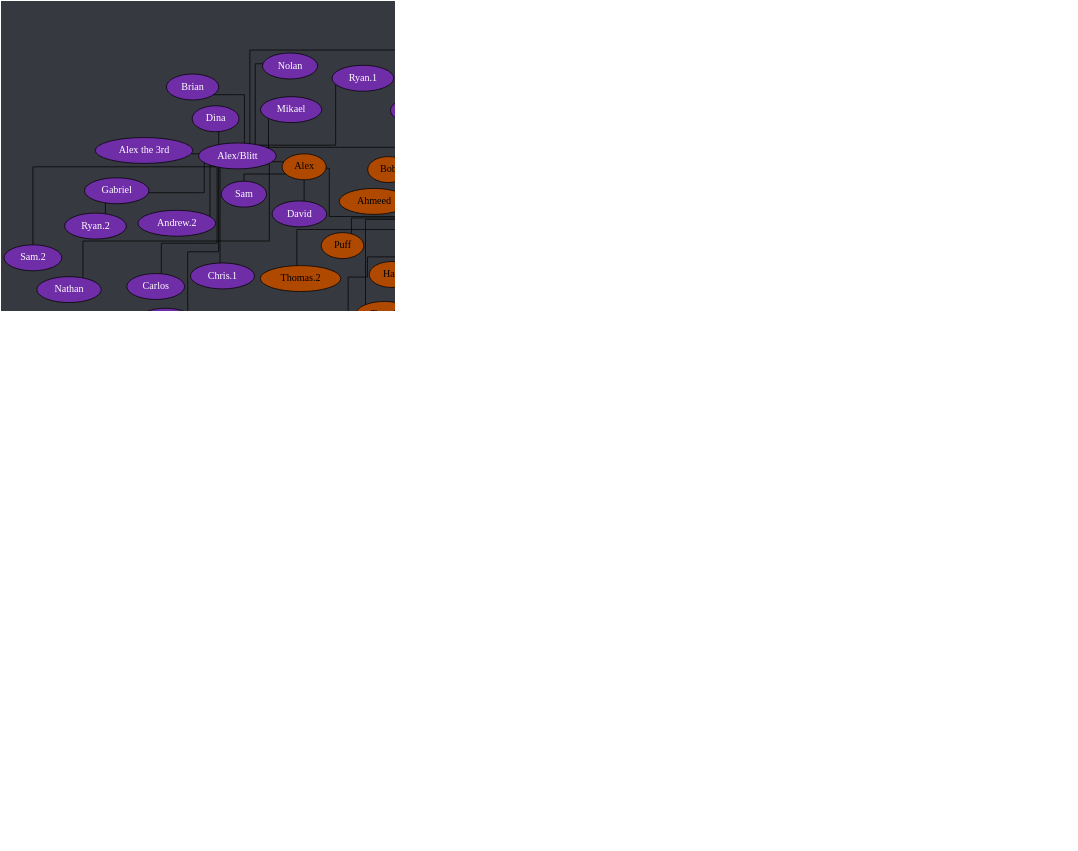
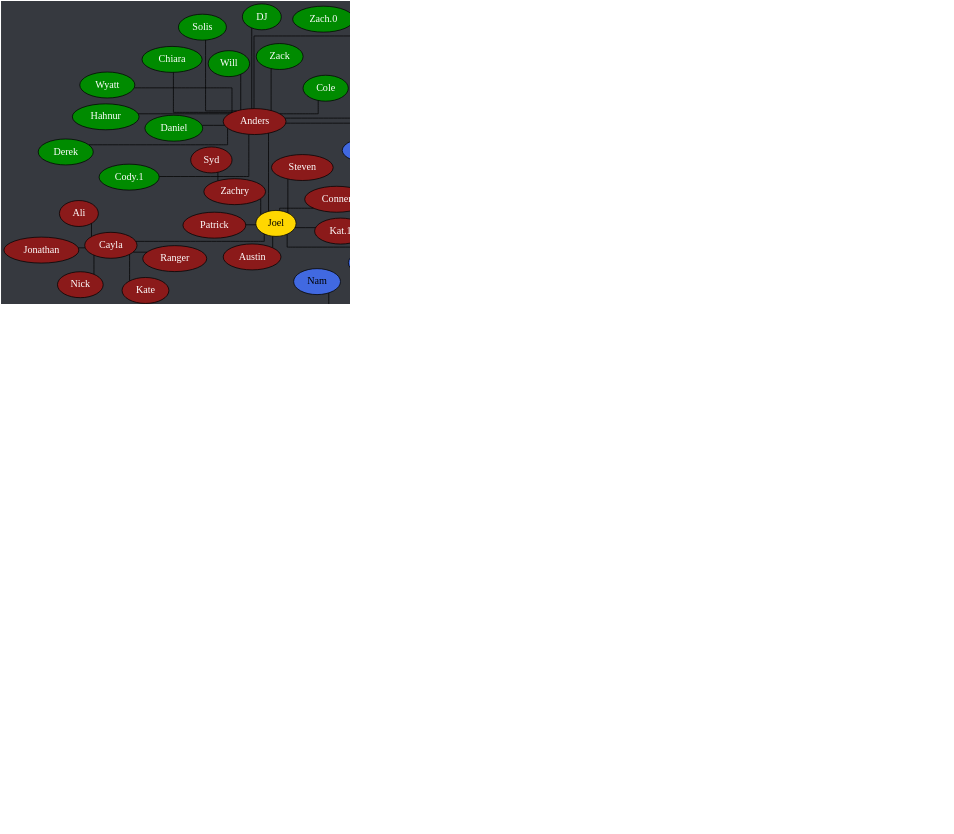
One commit to Documidas/CoronaCatzFamilyTree changed the diagram in tree.dot. Above: the diagram before and after it, drawn with Graphviz. The commit also changed 1 other file, not shown here.

Commit message:
Rename Logan to Logan.1, add Logan.2

```diff
--- a/tree.dot
+++ b/tree.dot
@@ -141,7 +141,7 @@
 		"Zach/Laniakea" -- Allen;
 		"Zach/Laniakea" -- "Caio.2";
 		"Zach/Laniakea" -- John;
-		"Zach/Laniakea" -- Logan;
+		"Zach/Laniakea" -- "Logan.1";
 		"Zach/Laniakea" -- Kevin;
 		"Zach/Laniakea" -- Kody;
 		"Zach/Laniakea" -- "Kyle.0";
@@ -154,6 +154,7 @@
 		node [ style=filled fillcolor="#c89b3c" fontcolor="black" ];
 		// John [ style=filled fillcolor="#c89b3c" fontcolor="black" ];
 
+		Jay -- "Logan.2";
 		John -- Anna;
 		John -- Emily;
 		John -- Haber;
```
